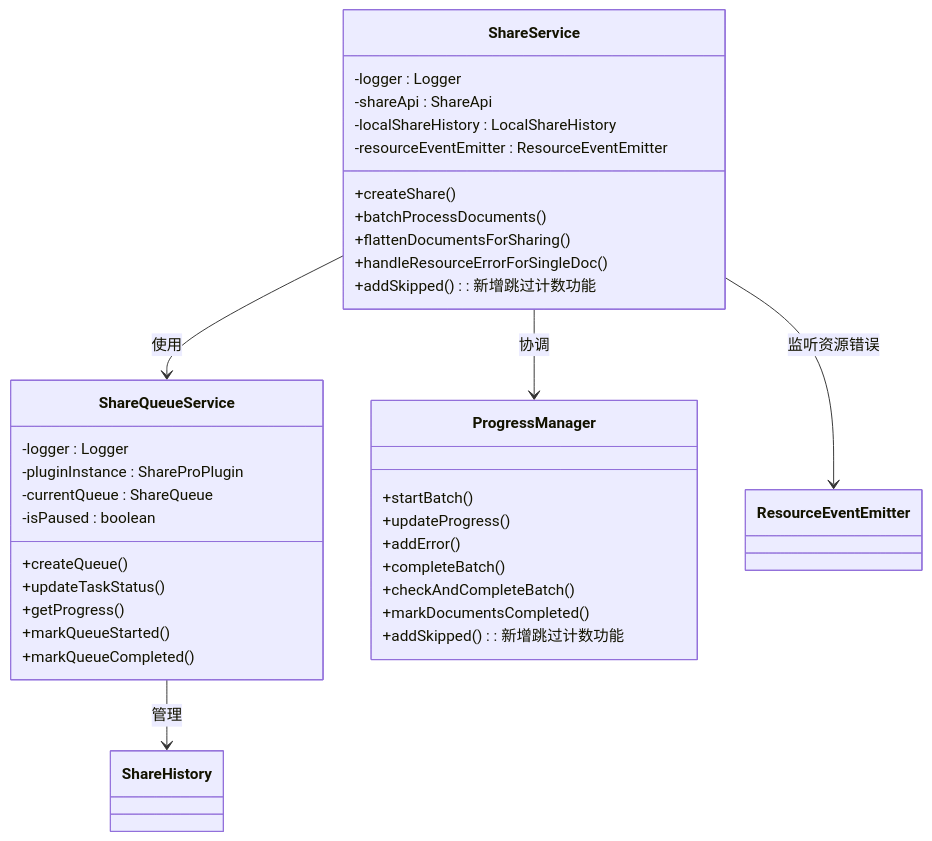
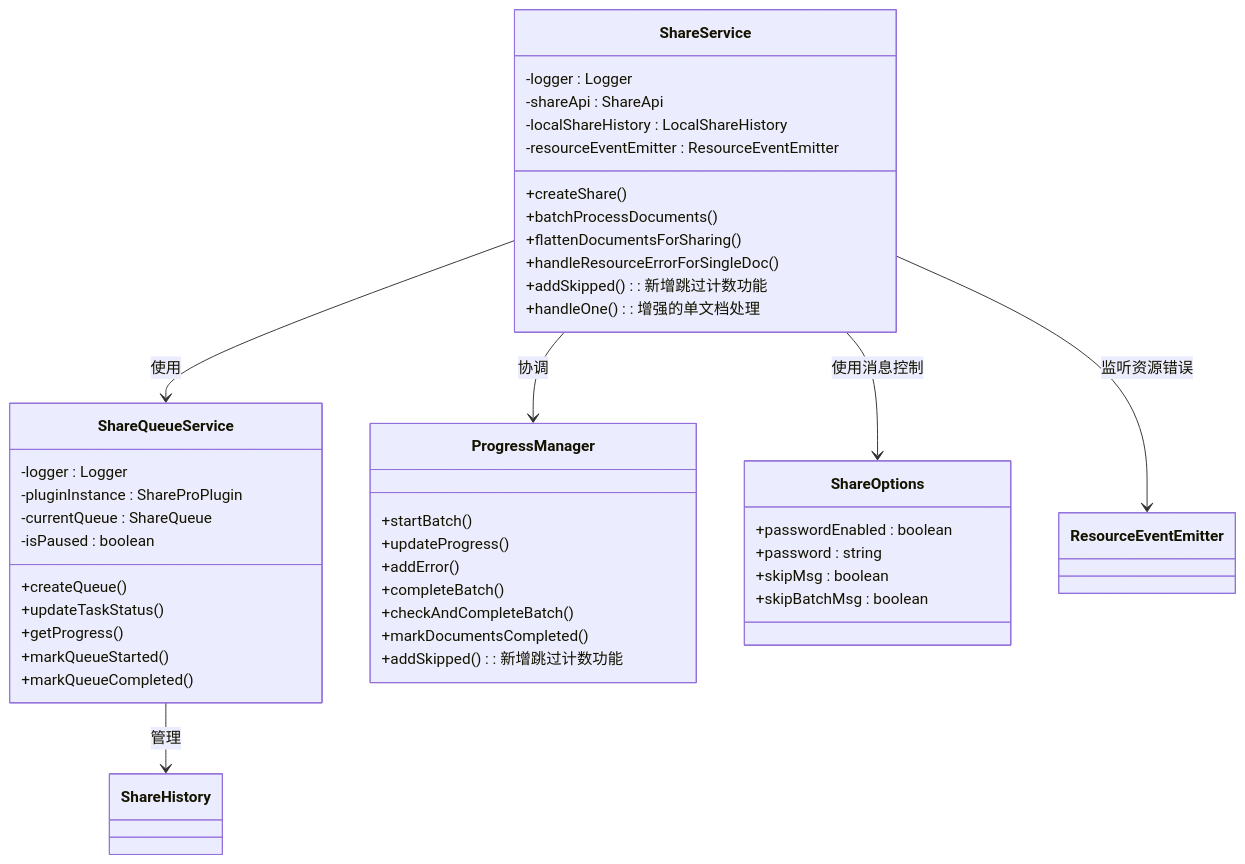
The third of 10 diagrams in .qoder/repowiki/zh/content/Progress Management Enhancements.md (terwerinc/siyuan-plugin-share-pro), drawn with Mermaid before and after one commit. The commit also changed other lines of this file and 7 other files, not shown here.

Commit message:
feat(progress): add skip message control and incremental share UI

````diff
--- a/.qoder/repowiki/zh/content/Progress Management Enhancements.md
+++ b/.qoder/repowiki/zh/content/Progress Management Enhancements.md
@@ -259,38 +275,46 @@
 ```mermaid
 classDiagram
 class ShareService {
 -logger : Logger
 -shareApi : ShareApi
 -localShareHistory : LocalShareHistory
 -resourceEventEmitter : ResourceEventEmitter
 +createShare()
 +batchProcessDocuments()
 +flattenDocumentsForSharing()
 +handleResourceErrorForSingleDoc()
 +addSkipped() : 新增跳过计数功能
++handleOne() : 增强的单文档处理
 }
 class ShareQueueService {
 -logger : Logger
 -pluginInstance : ShareProPlugin
 -currentQueue : ShareQueue
 -isPaused : boolean
 +createQueue()
 +updateTaskStatus()
 +getProgress()
 +markQueueStarted()
 +markQueueCompleted()
 }
 class ProgressManager {
 +startBatch()
 +updateProgress()
 +addError()
 +completeBatch()
 +checkAndCompleteBatch()
 +markDocumentsCompleted()
 +addSkipped() : 新增跳过计数功能
 }
+class ShareOptions {
++passwordEnabled : boolean
++password : string
++skipMsg : boolean
++skipBatchMsg : boolean
+}
 ShareService --> ShareQueueService : 使用
 ShareService --> ProgressManager : 协调
 ShareService --> ResourceEventEmitter : 监听资源错误
+ShareService --> ShareOptions : 使用消息控制
 ShareQueueService --> ShareHistory : 管理
 ```
````
